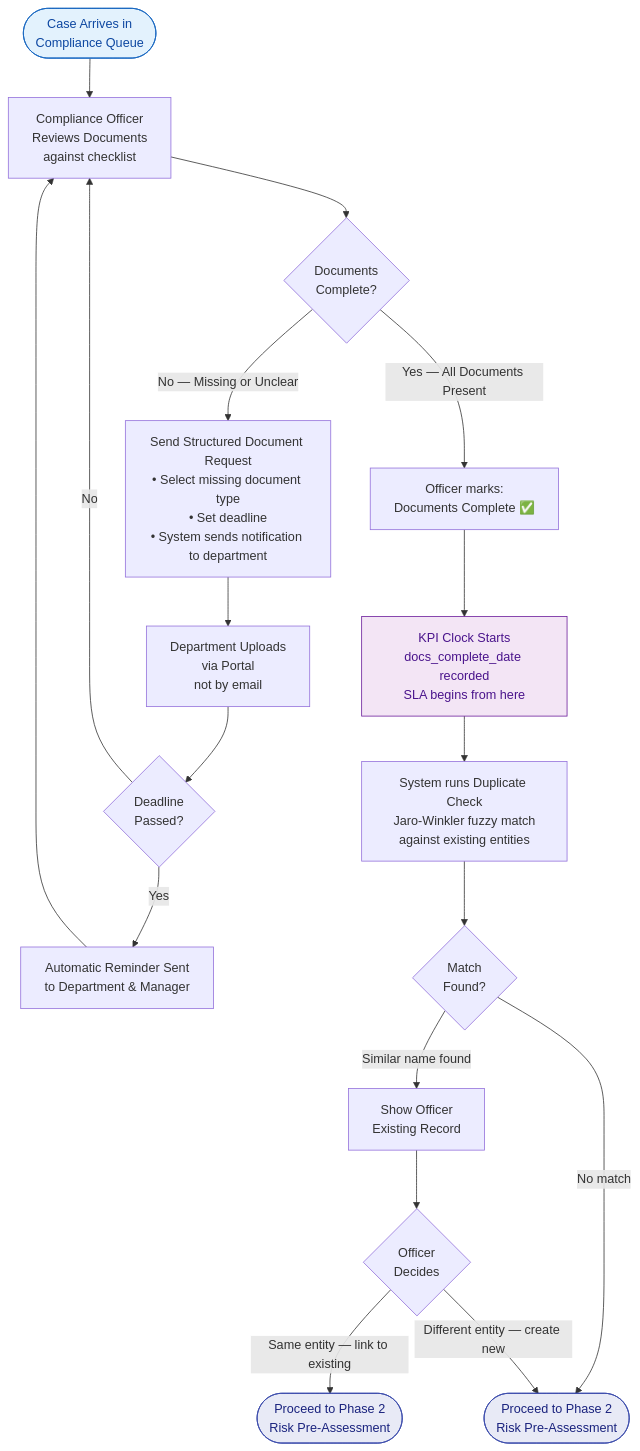
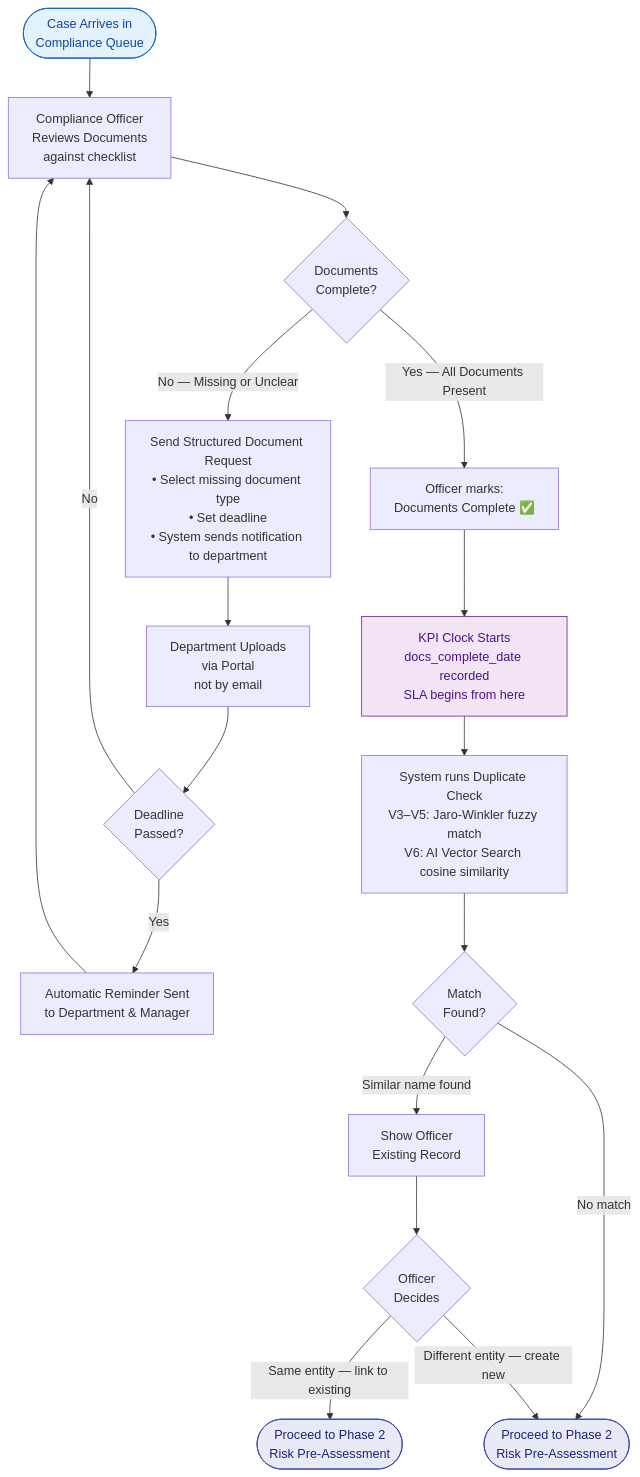
The second of 2 diagrams in docs/diagrams/intake-flow.md (mazharr-hussain/KycReport), drawn with Mermaid before and after one commit. The commit also changed 12 other files, not shown here.

````diff
--- a/docs/diagrams/intake-flow.md
+++ b/docs/diagrams/intake-flow.md
@@ -50,44 +50,44 @@
 ```mermaid
 flowchart TD
     CASE([Case Arrives in\nCompliance Queue]) --> OFFICER
 
     OFFICER[Compliance Officer\nReviews Documents\nagainst checklist]
 
     OFFICER --> CHECK{Documents\nComplete?}
 
     CHECK -->|No — Missing or Unclear| RFQ
     CHECK -->|Yes — All Documents Present| CONFIRM
 
     RFQ[Send Structured Document Request\n• Select missing document type\n• Set deadline\n• System sends notification to department]
 
     RFQ --> DEPT_UPLOAD[Department Uploads\nvia Portal\nnot by email]
 
     DEPT_UPLOAD --> AUTO_REMIND{Deadline\nPassed?}
     AUTO_REMIND -->|Yes| REMINDER[Automatic Reminder Sent\nto Department & Manager]
     AUTO_REMIND -->|No| OFFICER
 
     REMINDER --> OFFICER
 
     CONFIRM[Officer marks:\nDocuments Complete ✅]
     CONFIRM --> KPI_START[KPI Clock Starts\ndocs_complete_date recorded\nSLA begins from here]
 
     KPI_START --> DUP_CHECK
 
-    DUP_CHECK[System runs Duplicate Check\nJaro-Winkler fuzzy match\nagainst existing entities]
+    DUP_CHECK[System runs Duplicate Check\nV3–V5: Jaro-Winkler fuzzy match\nV6: AI Vector Search cosine similarity]
 
     DUP_CHECK --> DUP{Match\nFound?}
     DUP -->|Similar name found| SHOW_MATCH[Show Officer\nExisting Record]
     DUP -->|No match| CREATE_ENTITY
 
     SHOW_MATCH --> OFFICER_DECIDE{Officer\nDecides}
     OFFICER_DECIDE -->|Same entity — link to existing| LINK[Link to Existing Entity\nNo duplicate created]
     OFFICER_DECIDE -->|Different entity — create new| CREATE_ENTITY
 
     CREATE_ENTITY([Proceed to Phase 2\nRisk Pre-Assessment])
     LINK([Proceed to Phase 2\nRisk Pre-Assessment])
 
     style CASE fill:#E3F2FD,color:#0D47A1,stroke:#1565C0
     style KPI_START fill:#F3E5F5,color:#4A148C,stroke:#6A1B9A
     style CREATE_ENTITY fill:#E8EAF6,color:#1A237E,stroke:#3949AB
     style LINK fill:#E8EAF6,color:#1A237E,stroke:#3949AB
 ```
````
